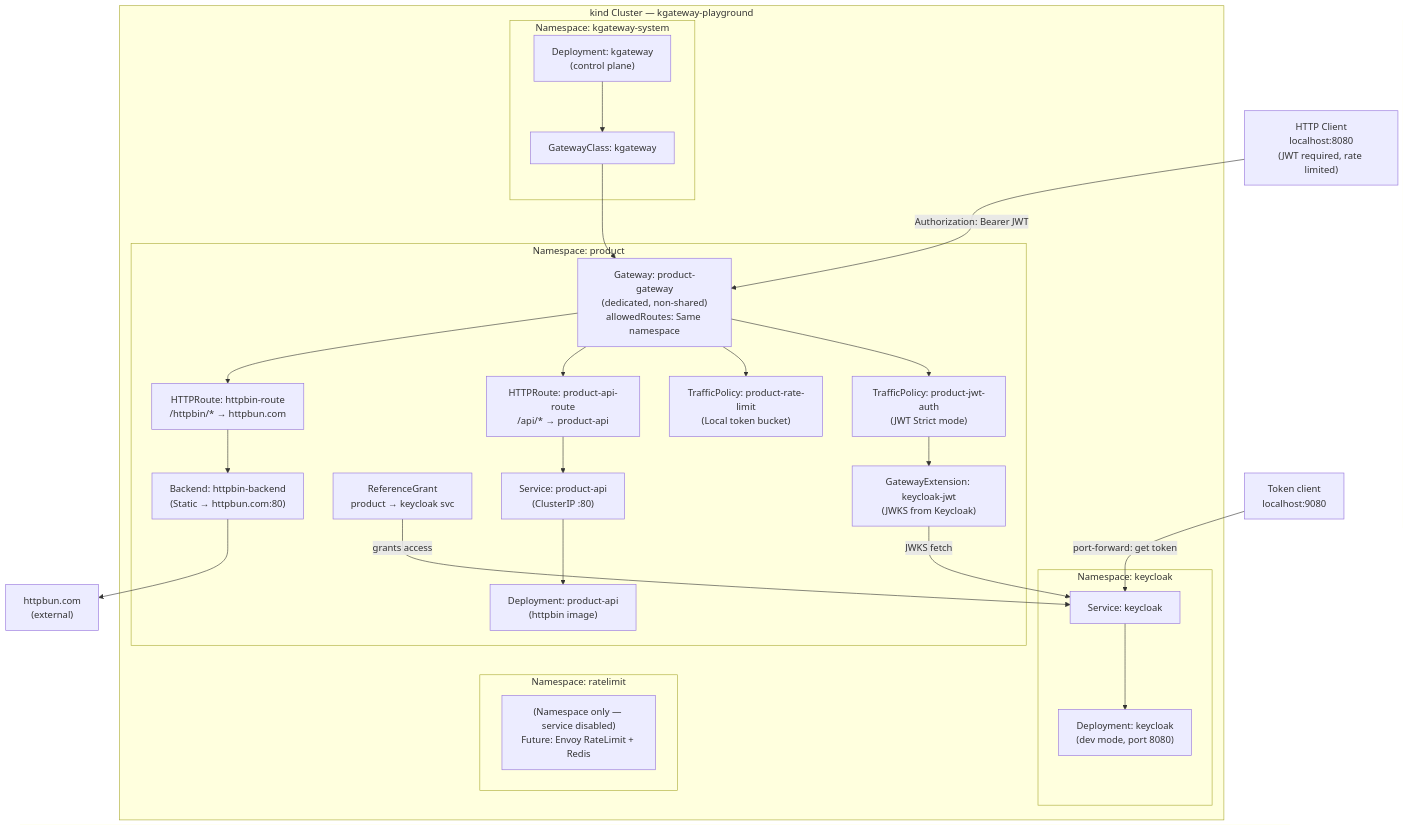
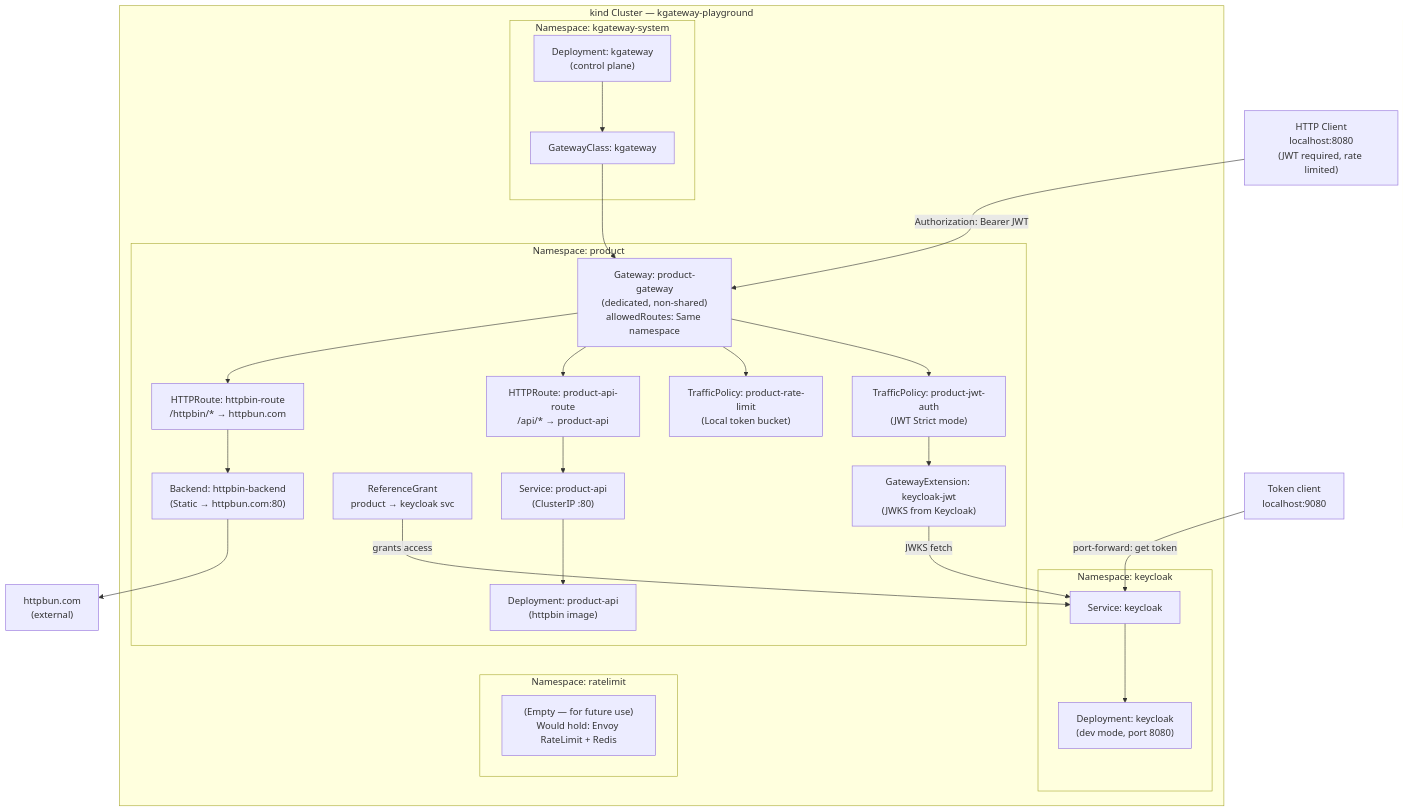
Before and after one commit to iron87/k-gateway-playground: the diagram in docs/architecture.md, drawn with Mermaid. The commit also changed 3 other files, not shown here.

Commit message:
chore: cleanup - remove unused Redis and rate-limit-service files

````diff
--- a/docs/architecture.md
+++ b/docs/architecture.md
@@ -5,52 +5,52 @@
 ```mermaid
 graph TD
     subgraph kind["kind Cluster — kgateway-playground"]
         subgraph kgsys["Namespace: kgateway-system"]
             ctrl["Deployment: kgateway\n(control plane)"]
             gc["GatewayClass: kgateway"]
         end
 
         subgraph keycloak_ns["Namespace: keycloak"]
             kc["Deployment: keycloak\n(dev mode, port 8080)"]
             kc_svc["Service: keycloak"]
         end
 
         subgraph ratelimit_ns["Namespace: ratelimit"]
-            note_rl["(Namespace only — service disabled)\nFuture: Envoy RateLimit + Redis"]
+            note_rl["(Empty — for future use)\nWould hold: Envoy RateLimit + Redis"]
         end
 
         subgraph product["Namespace: product"]
             gw["Gateway: product-gateway\n(dedicated, non-shared)\nallowedRoutes: Same namespace"]
             tp_jwt["TrafficPolicy: product-jwt-auth\n(JWT Strict mode)"]
             ge_jwt["GatewayExtension: keycloak-jwt\n(JWKS from Keycloak)"]
             tp_rl["TrafficPolicy: product-rate-limit\n(Local token bucket)"]
             rg_kc["ReferenceGrant\nproduct → keycloak svc"]
             r1["HTTPRoute: product-api-route\n/api/* → product-api"]
             r2["HTTPRoute: httpbin-route\n/httpbin/* → httpbun.com"]
             svc1["Service: product-api\n(ClusterIP :80)"]
             dep1["Deployment: product-api\n(httpbin image)"]
             back1["Backend: httpbin-backend\n(Static → httpbun.com:80)"]
         end
     end
 
     internet["httpbun.com\n(external)"]
     client["HTTP Client\nlocalhost:8080\n(JWT required, rate limited)"]
     kc_client["Token client\nlocalhost:9080"]
 
     ctrl --> gc
     gc --> gw
     gw --> tp_jwt
     gw --> tp_rl
     tp_jwt --> ge_jwt
     ge_jwt -->|JWKS fetch| kc_svc
     kc_svc --> kc
     rg_kc -->|grants access| kc_svc
     gw --> r1
     gw --> r2
     r1 --> svc1
     svc1 --> dep1
     r2 --> back1
     back1 --> internet
     client -->|Authorization: Bearer JWT| gw
     kc_client -->|port-forward: get token| kc_svc
 ```
````
